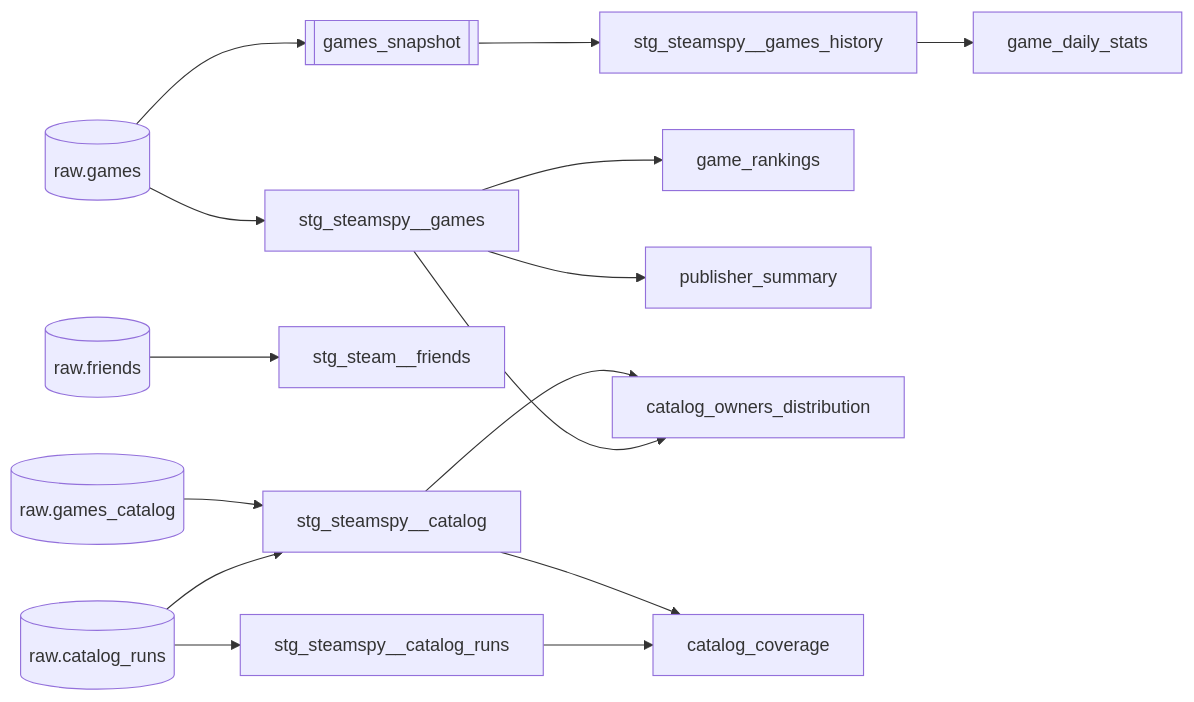
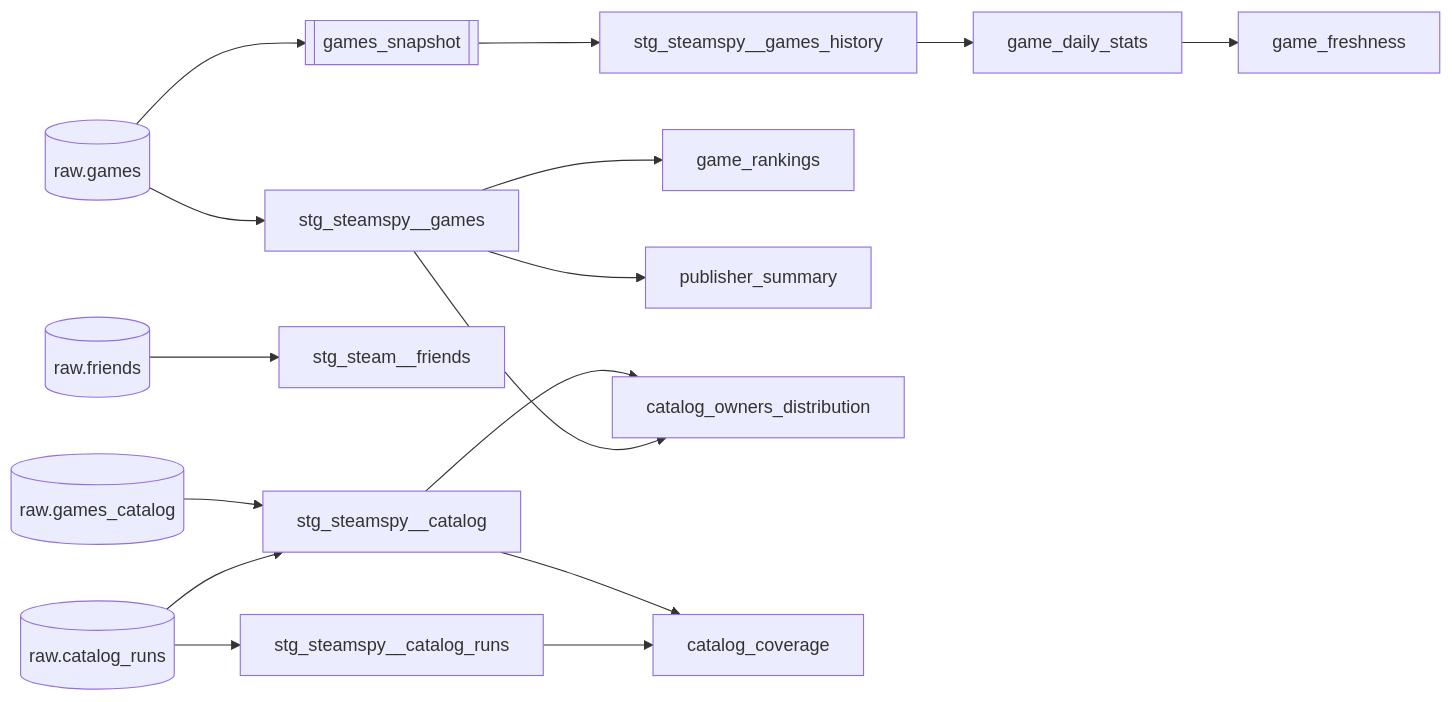
The second of 2 diagrams in README.md (dang2b/steam-analytics), drawn with Mermaid before and after one commit. The commit also changed other lines of this file and 5 other files, not shown here.

````diff
--- a/README.md
+++ b/README.md
@@ -87,17 +87,18 @@
 ```mermaid
 flowchart LR
     g[(raw.games)] --> sg[stg_steamspy__games]
     g --> snap[[games_snapshot]]
     snap --> sh[stg_steamspy__games_history]
     f[(raw.friends)] --> sf[stg_steam__friends]
     c[(raw.games_catalog)] --> sc[stg_steamspy__catalog]
     cr[(raw.catalog_runs)] --> sc
     cr --> sr[stg_steamspy__catalog_runs]
     sg --> gr[game_rankings]
     sg --> ps[publisher_summary]
     sh --> ds[game_daily_stats]
+    ds --> gf[game_freshness]
     sc --> co[catalog_owners_distribution]
     sc --> cc[catalog_coverage]
     sr --> cc
     sg --> co
 ```
````
